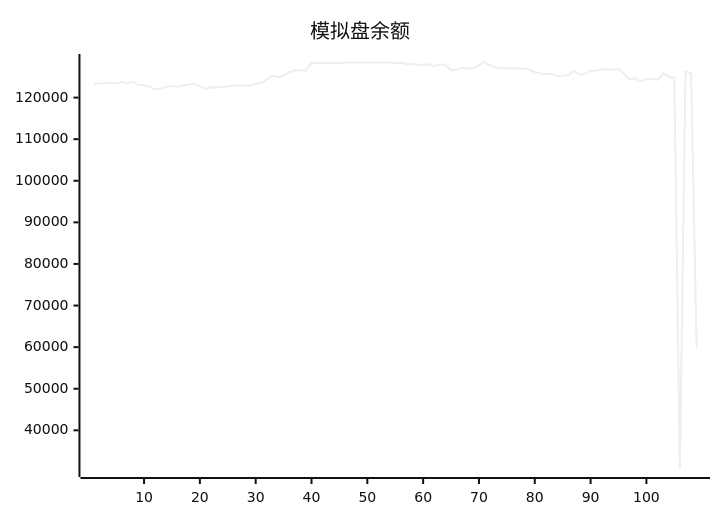
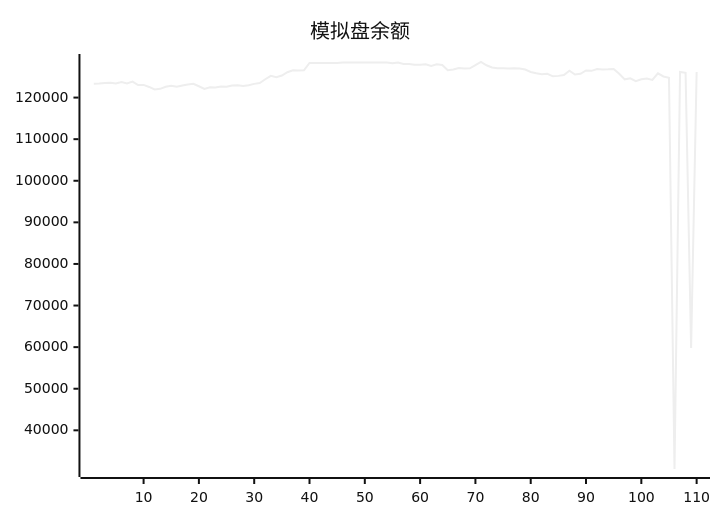
Before and after one commit to aahl/ai-trading: the diagram in README.md, drawn with Mermaid (neutral theme). The commit also changed other lines of this file and 1 other file, not shown here.

````diff
--- a/README.md
+++ b/README.md
@@ -5,5 +5,5 @@
 ```mermaid
 xychart
     title "模拟盘余额"
-    line [123338,123402,123530,123592,123378,123745,123413,123853,123009,123040,122557,121938,122095,122599,122856,122597,122898,123160,123319,122719,122087,122454,122416,122685,122592,122907,122961,122776,122981,123295,123507,124403,125224,124894,125303,126088,126544,126534,126549,128335,128318,128318,128318,128318,128318,128424,128424,128424,128424,128424,128424,128424,128424,128424,128247,128412,128062,128087,127917,127901,128026,127611,128000,127850,126572,126770,127100,126971,127029,127783,128554,127765,127224,127064,127044,127009,127025,127004,126738,126152,125871,125635,125707,125117,125217,125420,126480,125545,125715,126511,126424,126856,126764,126788,126890,125710,124381,124632,123936,124402,124574,124256,125833,125070,124739,30700,126154,125966,59800]
+    line [123338,123402,123530,123592,123378,123745,123413,123853,123009,123040,122557,121938,122095,122599,122856,122597,122898,123160,123319,122719,122087,122454,122416,122685,122592,122907,122961,122776,122981,123295,123507,124403,125224,124894,125303,126088,126544,126534,126549,128335,128318,128318,128318,128318,128318,128424,128424,128424,128424,128424,128424,128424,128424,128424,128247,128412,128062,128087,127917,127901,128026,127611,128000,127850,126572,126770,127100,126971,127029,127783,128554,127765,127224,127064,127044,127009,127025,127004,126738,126152,125871,125635,125707,125117,125217,125420,126480,125545,125715,126511,126424,126856,126764,126788,126890,125710,124381,124632,123936,124402,124574,124256,125833,125070,124739,30700,126154,125966,59800,126145]
 ```
````
